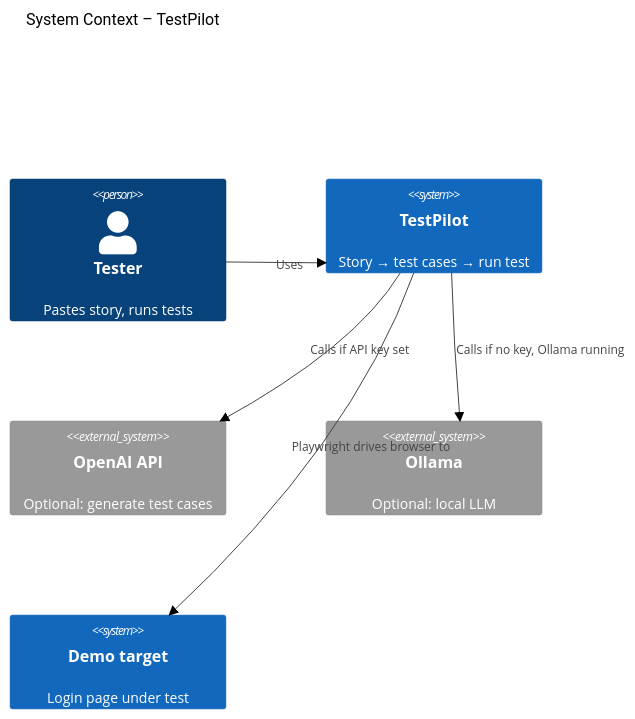
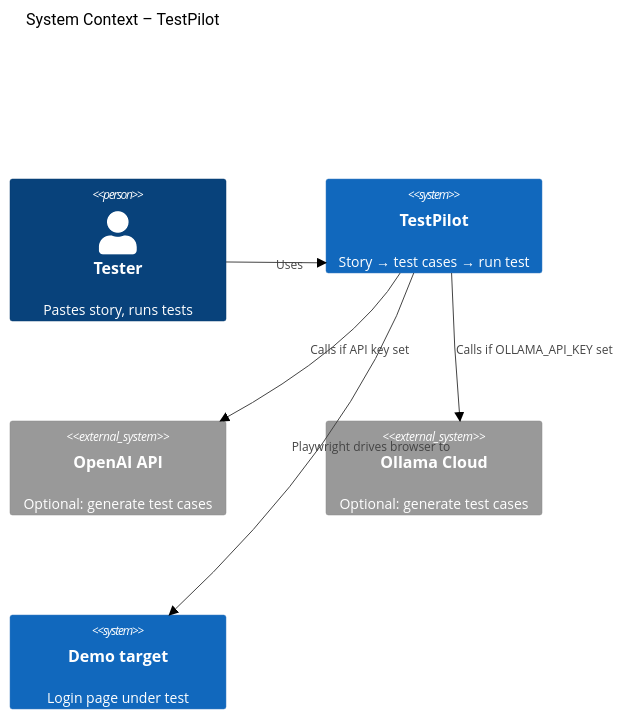
Before and after one commit to IbanjaraaSoul/TestPilot: the second of 5 diagrams in ARCHITECTURE.md, drawn with Mermaid (neutral theme). The commit also changed other lines of this file and 8 other files, not shown here.

First line of the commit message:
Cloud-only LLM generation, stricter Playwright runner, dev scripts without local Ollama

````diff
--- a/ARCHITECTURE.md
+++ b/ARCHITECTURE.md
@@ -49,15 +47,15 @@
 ```mermaid
 C4Context
     title System Context – TestPilot
 
     Person(user, "Tester", "Pastes story, runs tests")
     System(poc, "TestPilot", "Story → test cases → run test")
     System_Ext(openai, "OpenAI API", "Optional: generate test cases")
-    System_Ext(ollama, "Ollama", "Optional: local LLM")
+    System_Ext(ollama, "Ollama Cloud", "Optional: generate test cases")
     System(demo, "Demo target", "Login page under test")
 
     Rel(user, poc, "Uses")
     Rel(poc, openai, "Calls if API key set")
-    Rel(poc, ollama, "Calls if no key, Ollama running")
+    Rel(poc, ollama, "Calls if OLLAMA_API_KEY set")
     Rel(poc, demo, "Playwright drives browser to")
 ```
````
